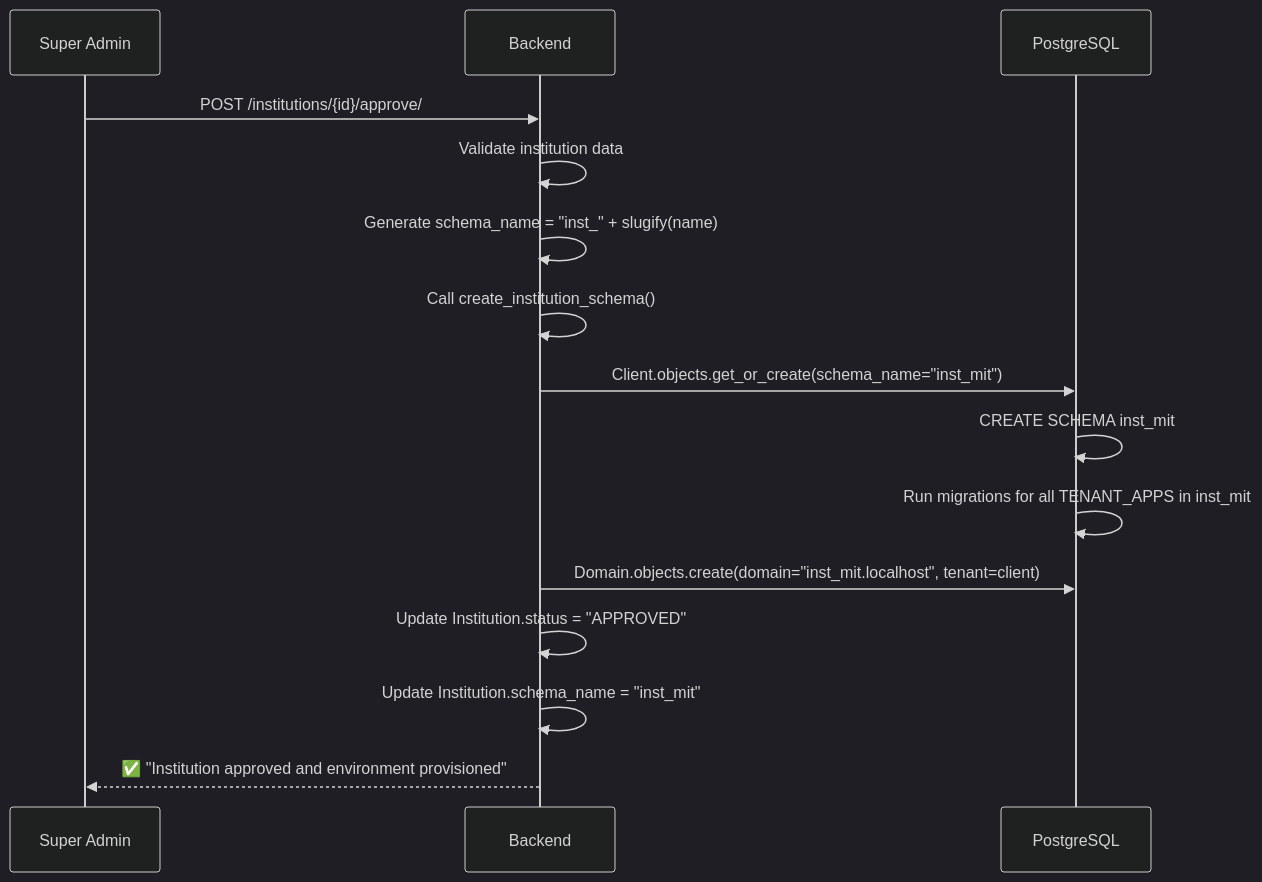
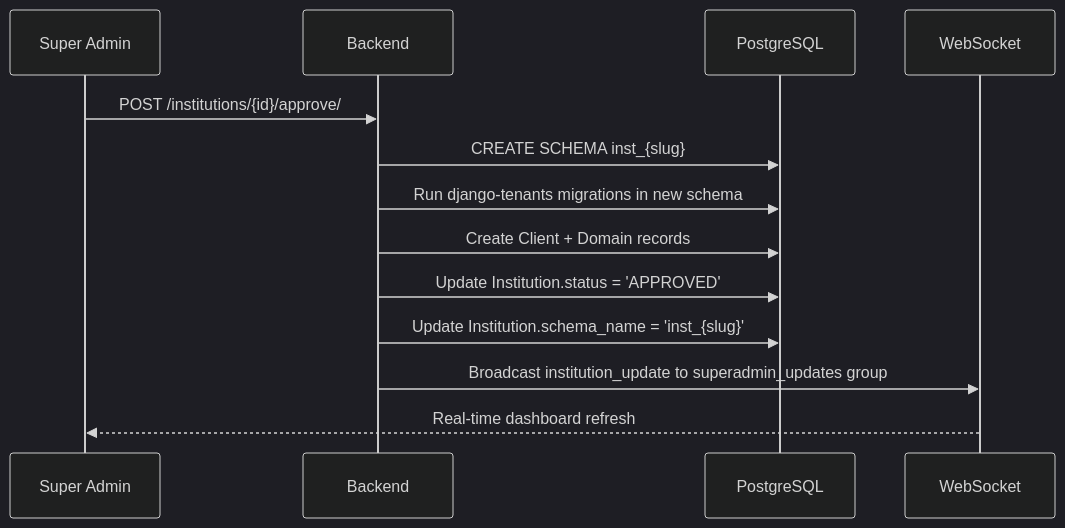
The second of 2 diagrams in docs/04_MULTITENANCY_AND_DATA_ISOLATION.md (manoharreddyparne/core_final), drawn with Mermaid (dark theme) before and after one commit. The commit also changed other lines of this file and 6 other files, not shown here.

````diff
--- a/docs/04_MULTITENANCY_AND_DATA_ISOLATION.md
+++ b/docs/04_MULTITENANCY_AND_DATA_ISOLATION.md
@@ -88,18 +82,16 @@
 ```mermaid
 sequenceDiagram
     participant SA as Super Admin
     participant BE as Backend
     participant PG as PostgreSQL
+    participant WS as WebSocket
 
     SA->>BE: POST /institutions/{id}/approve/
-    BE->>BE: Validate institution data
-    BE->>BE: Generate schema_name = "inst_" + slugify(name)
-    BE->>BE: Call create_institution_schema()
-    BE->>PG: Client.objects.get_or_create(schema_name="inst_mit")
-    PG->>PG: CREATE SCHEMA inst_mit
-    PG->>PG: Run migrations for all TENANT_APPS in inst_mit
-    BE->>PG: Domain.objects.create(domain="inst_mit.localhost", tenant=client)
-    BE->>BE: Update Institution.status = "APPROVED"
-    BE->>BE: Update Institution.schema_name = "inst_mit"
-    BE-->>SA: ✅ "Institution approved and environment provisioned"
+    BE->>PG: CREATE SCHEMA inst_{slug}
+    BE->>PG: Run django-tenants migrations in new schema
+    BE->>PG: Create Client + Domain records
+    BE->>PG: Update Institution.status = 'APPROVED'
+    BE->>PG: Update Institution.schema_name = 'inst_{slug}'
+    BE->>WS: Broadcast institution_update to superadmin_updates group
+    WS-->>SA: Real-time dashboard refresh
 ```
````
